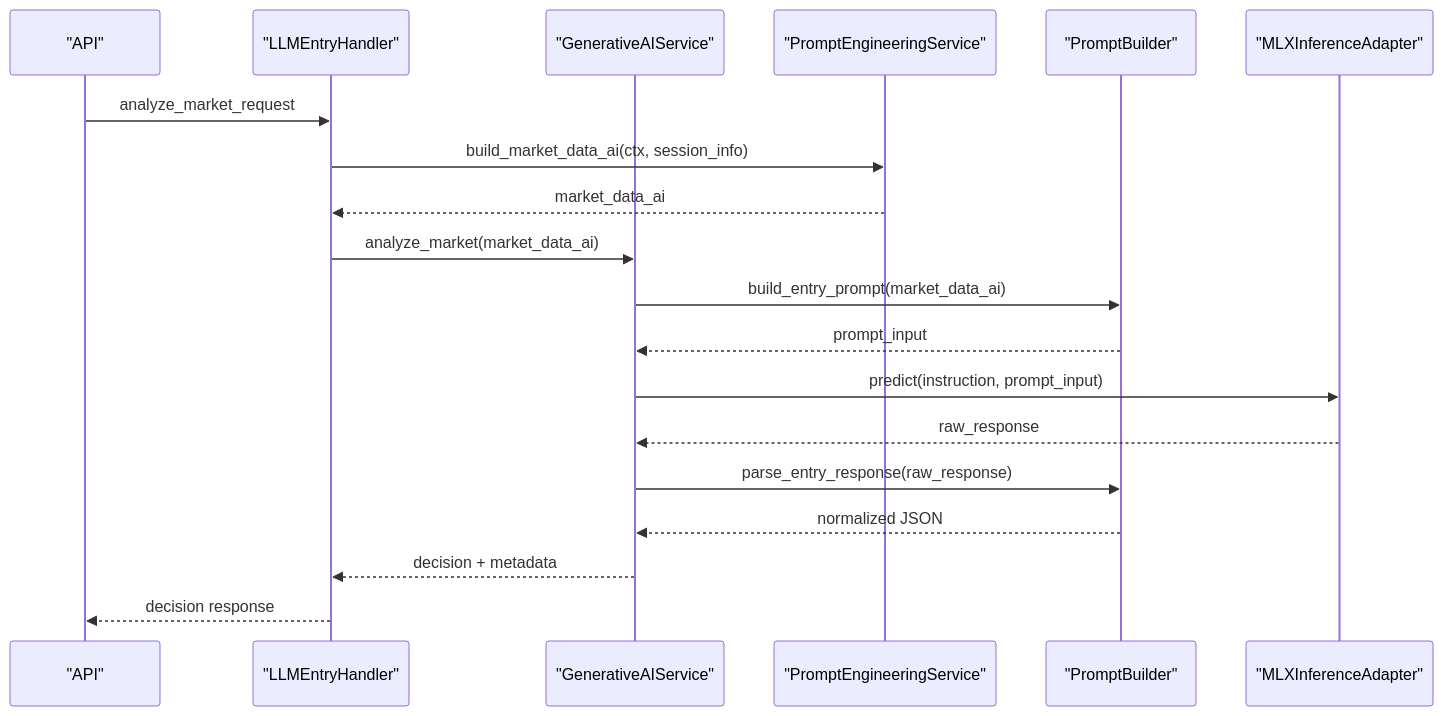
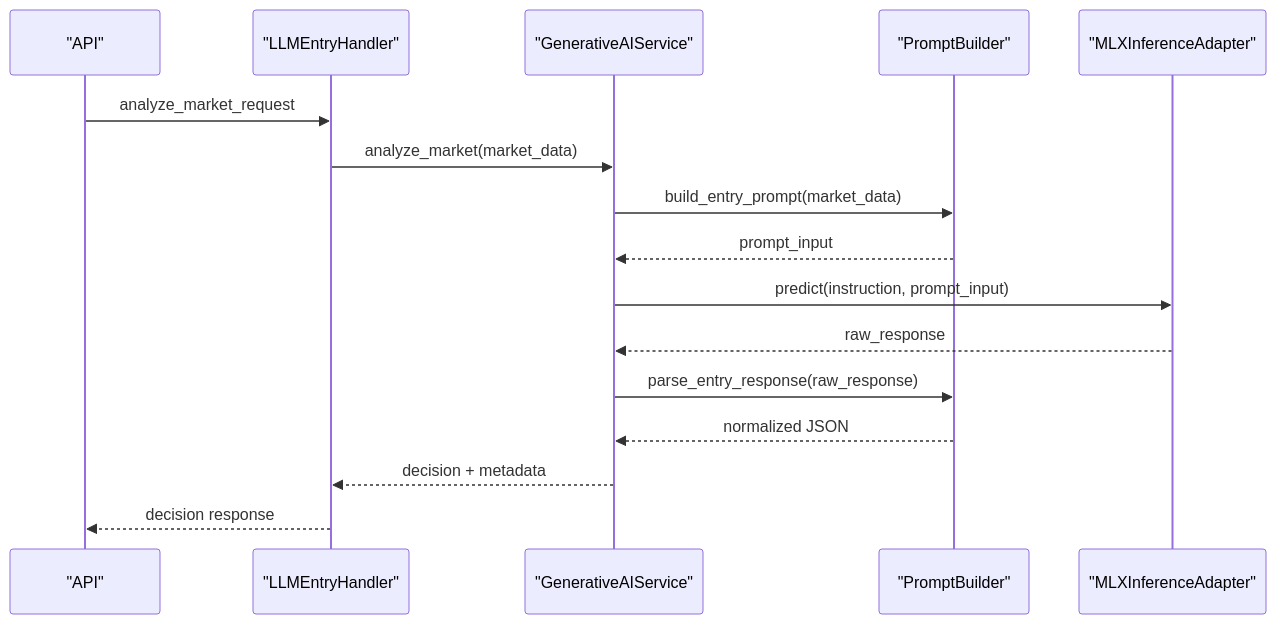
The eighth of 9 diagrams in .qoder/repowiki/en/content/Backend Application/Domain Services/AI Inference System.md (gemrajkhatry-maker/v5-of-glassytrade-ai), drawn with Mermaid before and after one commit. The commit also changed other lines of this file and 219 other files, not shown here.

First line of the commit message:
refactor: major architecture improvements across backend, backendv2, brokers, and frontend

````diff
--- a/.qoder/repowiki/en/content/Backend Application/Domain Services/AI Inference System.md
+++ b/.qoder/repowiki/en/content/Backend Application/Domain Services/AI Inference System.md
@@ -637,21 +366,18 @@
 ```mermaid
 sequenceDiagram
 participant API as "API"
 participant Handler as "LLMEntryHandler"
 participant GAI as "GenerativeAIService"
-participant PES as "PromptEngineeringService"
 participant PB as "PromptBuilder"
 participant MIA as "MLXInferenceAdapter"
 API->>Handler : analyze_market_request
-Handler->>PES : build_market_data_ai(ctx, session_info)
-PES-->>Handler : market_data_ai
-Handler->>GAI : analyze_market(market_data_ai)
-GAI->>PB : build_entry_prompt(market_data_ai)
+Handler->>GAI : analyze_market(market_data)
+GAI->>PB : build_entry_prompt(market_data)
 PB-->>GAI : prompt_input
 GAI->>MIA : predict(instruction, prompt_input)
 MIA-->>GAI : raw_response
 GAI->>PB : parse_entry_response(raw_response)
 PB-->>GAI : normalized JSON
 GAI-->>Handler : decision + metadata
 Handler-->>API : decision response
 ```
````
